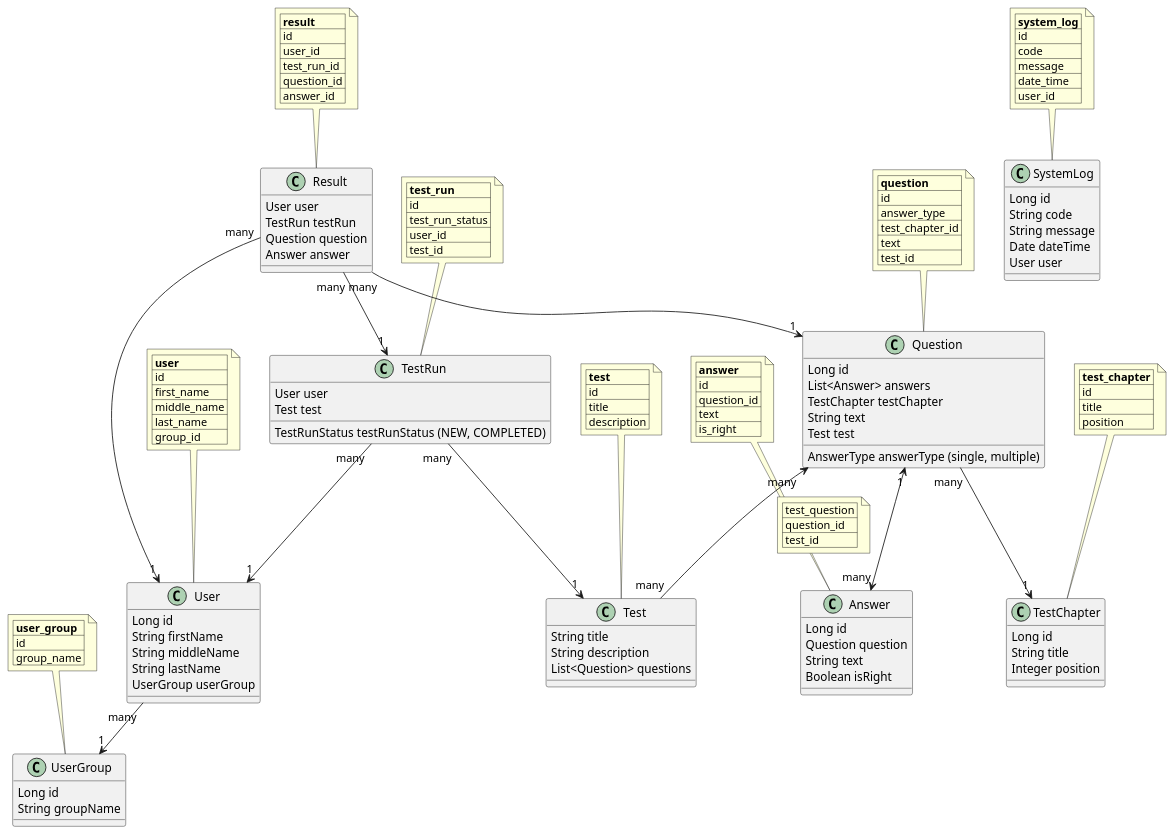
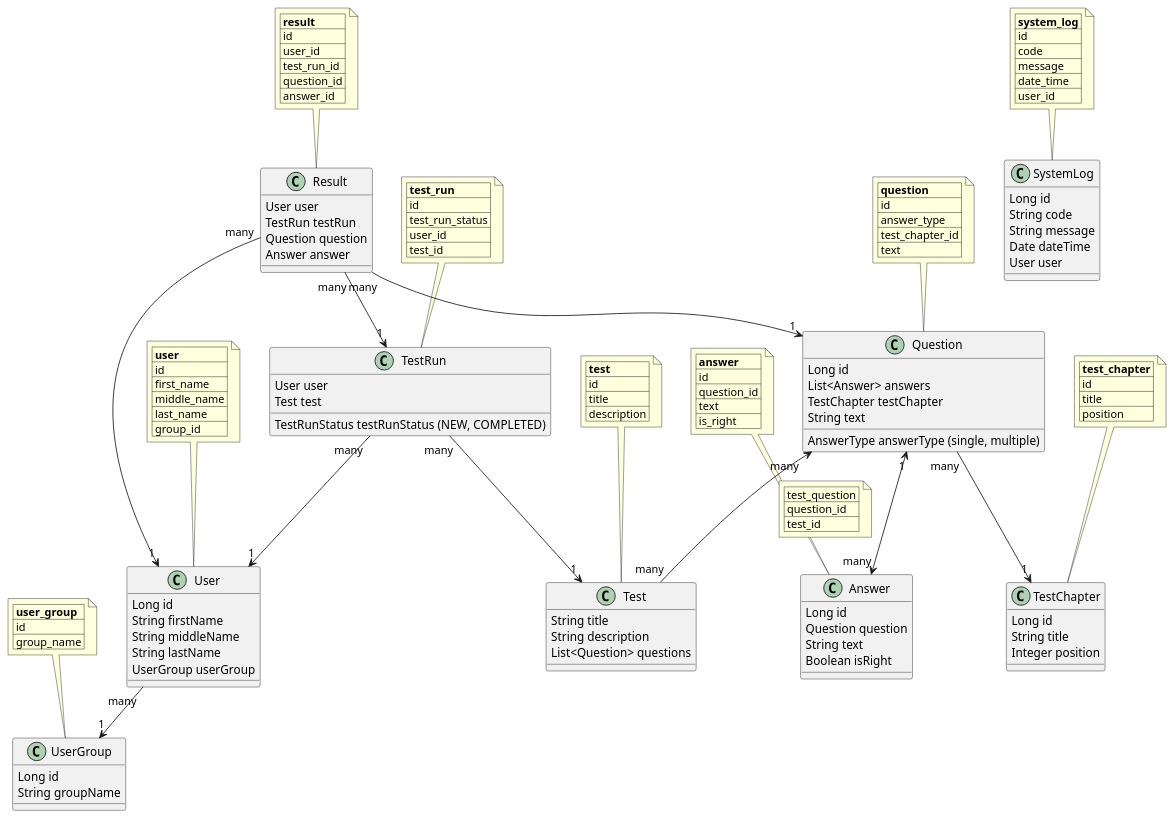
Before and after one commit to ikhoroshev/SBTTraineeship: the diagram in practise/diagrams/Domain.puml, drawn with PlantUML.

Commit message:
Бэкпорт коммита f6b5c08ee45b99c85c5b38887d2ae5e909d6a15b из ветки origin/master от Александрова Сергея

```diff
--- a/practise/diagrams/Domain.puml
+++ b/practise/diagrams/Domain.puml
@@ -1,162 +1,160 @@
 @startuml
 
 class User {
     Long id
     String firstName
     String middleName
     String lastName
     UserGroup userGroup
 }
 
 note top of User
    |= user |
    | id |
    | first_name |
    | middle_name |
    | last_name |
    | group_id |
 end note
 
 class UserGroup {
     Long id
     String groupName
 }
 
 note top of UserGroup
    |= user_group |
    | id |
    | group_name |
 end note
 
 User "many" --> "1" UserGroup
 
 class SystemLog {
     Long id
     String code
     String message
     Date dateTime
     User user
 }
 
 note top of SystemLog
    |= system_log |
    | id |
    | code |
    | message |
    | date_time |
    | user_id |
 end note
 
 
 class Question {
     Long id
     List<Answer> answers
     AnswerType answerType (single, multiple)
     TestChapter testChapter
     String text
-    Test test
 }
 
 note top of Question
    |= question |
    | id |
    | answer_type |
    | test_chapter_id |
    | text |
-   | test_id |
 end note
 
 
 Question "many" --> "1" TestChapter
 
 Question "1" <--> "many" Answer
 
 class Answer {
     Long id
     Question question
     String text
     Boolean isRight
 }
 
 note top of Answer
    |= answer |
    | id |
    | question_id |
    | text |
    | is_right |
 end note
 
 class Result {
     User user
     TestRun testRun
     Question question
     Answer answer
 }
 
 note top of Result
    |= result |
    | id |
    | user_id |
    | test_run_id |
    | question_id |
    | answer_id |
 end note
 
 
 class Test {
     String title
     String description
     List<Question> questions
 }
 
 note top of Test
    |= test |
    | id |
    | title |
    | description |
 end note
 
 
 Question "many" <-- "many" Test
 
 note right on link
 	| test_question |
 	| question_id |
 	| test_id |
 end note
 
 class TestChapter {
     Long id
     String title
     Integer position
 }
 
 note top of TestChapter
    |= test_chapter |
    | id |
    | title |
    | position |
 end note
 
 class TestRun {
     TestRunStatus testRunStatus (NEW, COMPLETED)
     User user
     Test test
 }
 
 note top of TestRun
    |= test_run |
    | id |
    | test_run_status |
    | user_id |
    | test_id |
 end note
 
 TestRun "many" --> "1" Test
 TestRun "many" --> "1" User
 Result "many" --> "1" User
 Result "many" --> "1" TestRun
 Result "many" --> "1" Question
 
 
 @enduml
```
